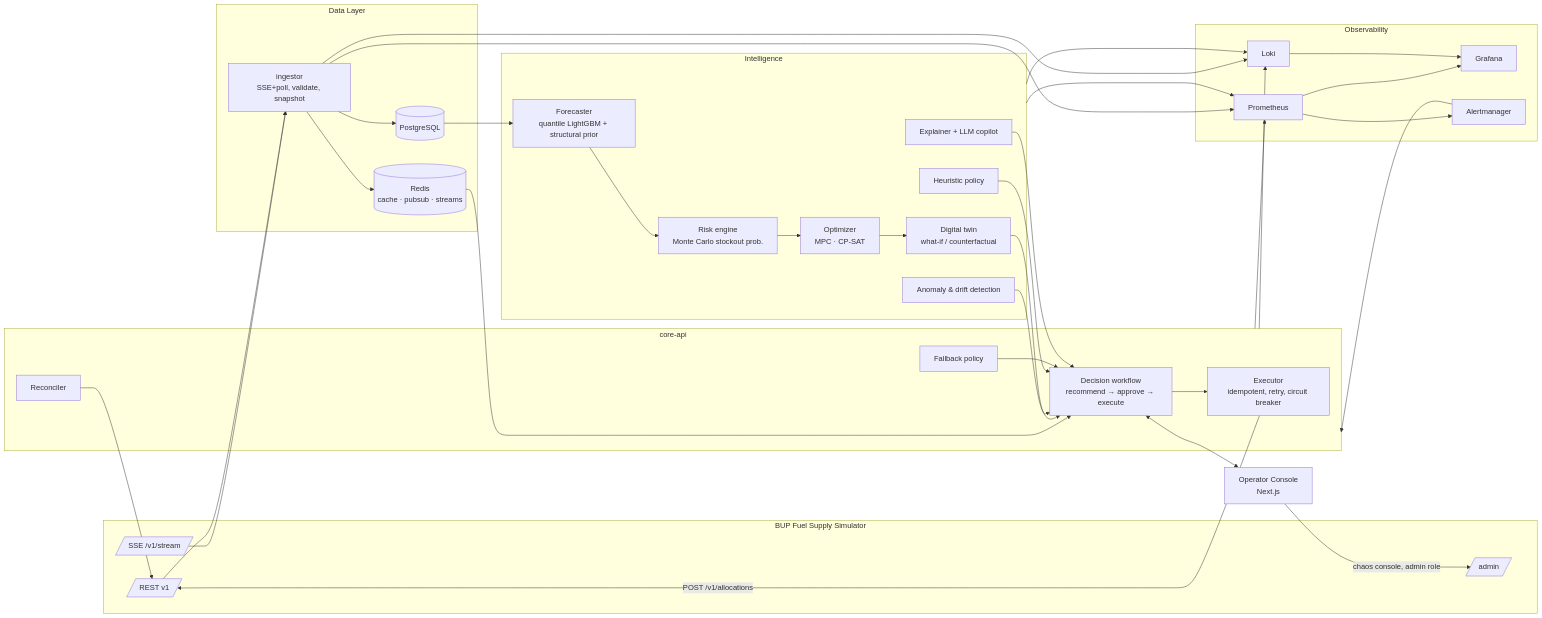
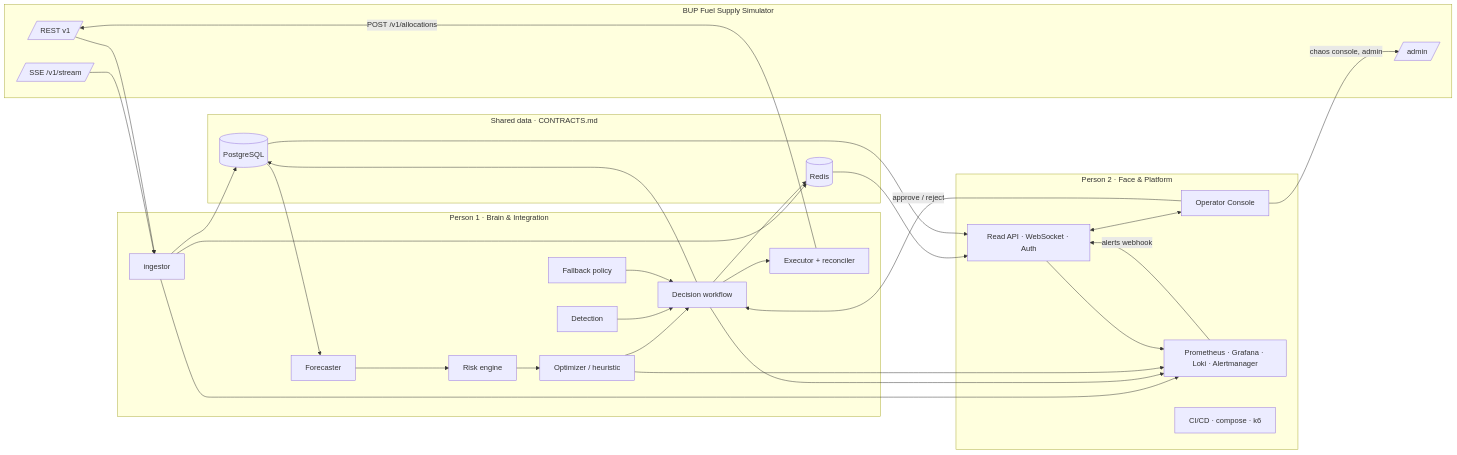
Before and after one commit to samir100go/Team_Charlie_Kirk_inperson_main: the diagram in project.md, drawn with Mermaid. The commit also changed other lines of this file and 1 other file, not shown here.

Commit message:
chore: switch to two-person plan

````diff
--- a/project.md
+++ b/project.md
@@ -133,52 +228,43 @@
 ```mermaid
 flowchart LR
   subgraph SIM[BUP Fuel Supply Simulator]
     SREST[/REST v1/]
     SSSE[/SSE /v1/stream/]
     SADM[/admin/]
   end
-  subgraph DATA[Data Layer]
-    ING[ingestor<br/>SSE+poll, validate, snapshot]
-    PG[(PostgreSQL)]
-    RD[(Redis<br/>cache · pubsub · streams)]
-  end
-  subgraph INT[Intelligence]
-    FC[Forecaster<br/>quantile LightGBM + structural prior]
-    RISK[Risk engine<br/>Monte Carlo stockout prob.]
-    ANOM[Anomaly & drift detection]
-    OPT[Optimizer<br/>MPC · CP-SAT]
-    HEUR[Heuristic policy]
-    TWIN[Digital twin<br/>what-if / counterfactual]
-    XAI[Explainer + LLM copilot]
-  end
-  subgraph CORE[core-api]
-    DEC[Decision workflow<br/>recommend → approve → execute]
-    EXE[Executor<br/>idempotent, retry, circuit breaker]
-    REC[Reconciler]
+  subgraph P1[Person 1 · Brain & Integration]
+    ING[ingestor]
+    FC[Forecaster]
+    RISK[Risk engine]
+    ANOM[Detection]
+    OPT[Optimizer / heuristic]
+    DEC[Decision workflow]
+    EXE[Executor + reconciler]
     FB[Fallback policy]
   end
-  WEB[Operator Console<br/>Next.js]
-  subgraph OBS[Observability]
-    PROM[Prometheus] --> GRAF[Grafana]
-    LOKI[Loki] --> GRAF
-    AM[Alertmanager]
+  subgraph STORE[Shared data · CONTRACTS.md]
+    PG[(PostgreSQL)]
+    RD[(Redis)]
+  end
+  subgraph P2[Person 2 · Face & Platform]
+    API[Read API · WebSocket · Auth]
+    WEB[Operator Console]
+    OBS[Prometheus · Grafana · Loki · Alertmanager]
+    CI[CI/CD · compose · k6]
   end
   SSSE --> ING
   SREST --> ING
-  ING --> PG
-  ING --> RD
-  RD --> DEC
-  PG --> FC --> RISK --> OPT
+  ING --> PG & RD
+  PG --> FC --> RISK --> OPT --> DEC
   ANOM --> DEC
-  OPT --> TWIN --> DEC
-  HEUR --> DEC
   FB --> DEC
-  XAI --> DEC
   DEC --> EXE -->|POST /v1/allocations| SREST
-  REC --> SREST
-  DEC <--> WEB
-  WEB -->|chaos console, admin role| SADM
-  CORE & ING & INT --> PROM
-  CORE & ING & INT --> LOKI
-  PROM --> AM --> CORE
+  DEC --> PG & RD
+  RD --> API
+  PG --> API
+  API <--> WEB
+  WEB -->|approve / reject| DEC
+  WEB -->|chaos console, admin| SADM
+  ING & DEC & OPT & API --> OBS
+  OBS -->|alerts webhook| API
 ```
````
